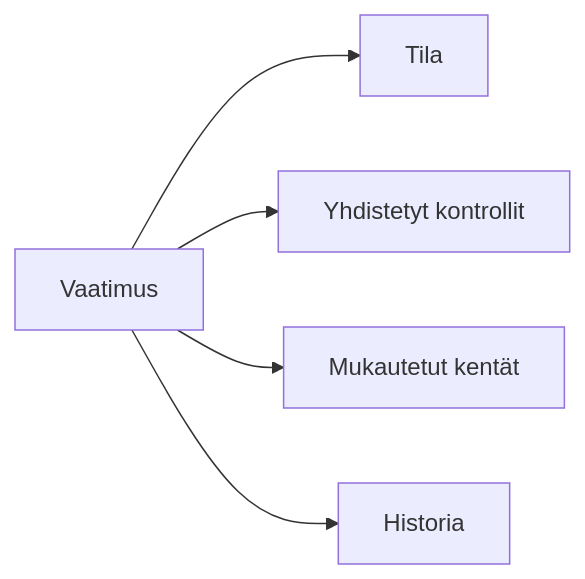
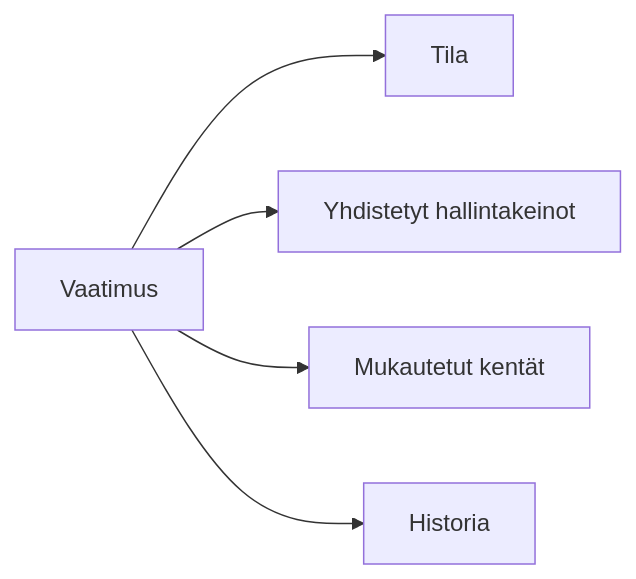
One commit to tekve/gover-docs changed the diagram in i18n/fi/docusaurus-plugin-content-docs/current/user-guide/frameworks/requirements.md. Above: the diagram before and after it, drawn with Mermaid. The commit also changed other lines of this file and 38 other files, not shown here.

Commit message:
Rename Kontrollit to Hallintakeinot in Finnish

````diff
--- a/i18n/fi/docusaurus-plugin-content-docs/current/user-guide/frameworks/requirements.md
+++ b/i18n/fi/docusaurus-plugin-content-docs/current/user-guide/frameworks/requirements.md
@@ -13,7 +13,7 @@
 ```mermaid
 flowchart LR
     R[Vaatimus] --> S[Tila]
-    R --> C[Yhdistetyt kontrollit]
+    R --> C[Yhdistetyt hallintakeinot]
     R --> CF[Mukautetut kentät]
     R --> H[Historia]
 ```
````
